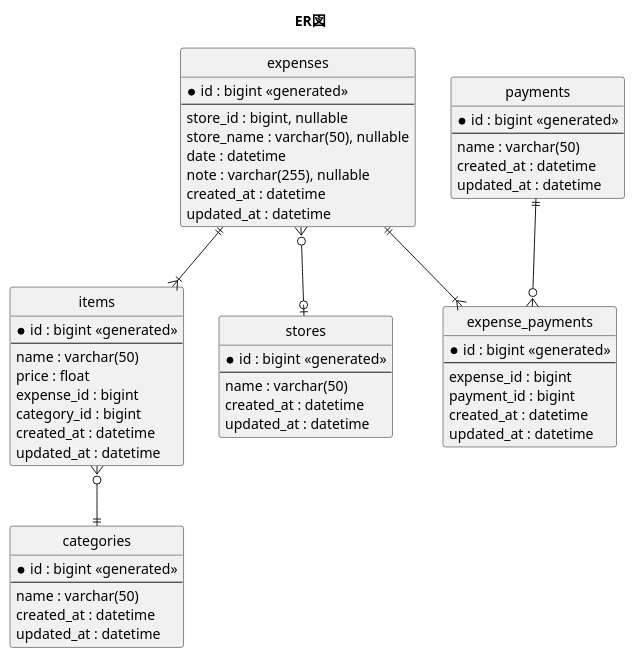
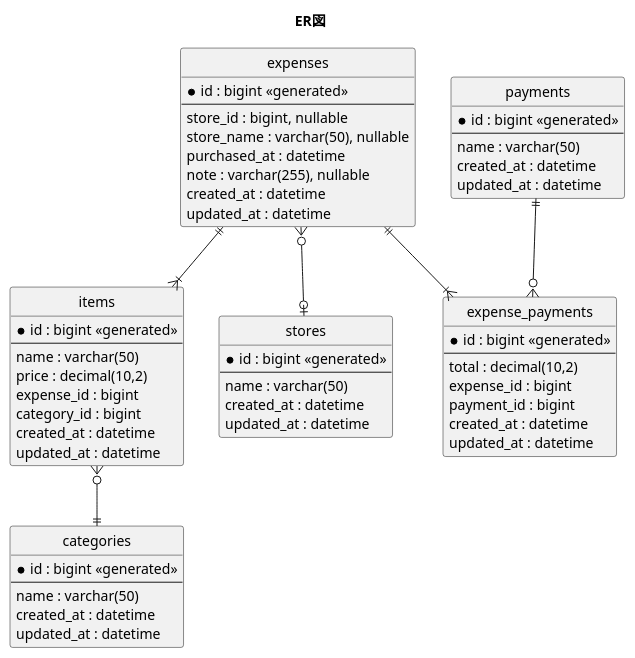
Before and after one commit to tatzacker/AccountBookForMe_server: the diagram in docs/ER図.pu, drawn with PlantUML. The commit also changed 3 other files, not shown here.

```diff
--- a/docs/ER図.pu
+++ b/docs/ER図.pu
@@ -1,67 +1,68 @@
 @startuml
 title "ER図"
 
 hide circle
 
 entity expenses {
     *id : bigint <<generated>>
     --
     store_id : bigint, nullable
     store_name : varchar(50), nullable
-    date : datetime
+    purchased_at : datetime
     note : varchar(255), nullable
     created_at : datetime
     updated_at : datetime
 }
 
 entity items {
     *id : bigint <<generated>>
     --
     name : varchar(50)
-    price : float
+    price : decimal(10,2)
     expense_id : bigint
     category_id : bigint
     created_at : datetime
     updated_at : datetime
 }
 
 entity categories {
     *id : bigint <<generated>>
     --
     name : varchar(50)
     created_at : datetime
     updated_at : datetime
 }
 
 entity payments {
     *id : bigint <<generated>>
     --
     name : varchar(50)
     created_at : datetime
     updated_at : datetime
 }
 
 entity stores {
     *id : bigint <<generated>>
     --
     name : varchar(50)
     created_at : datetime
     updated_at : datetime
 }
 
 entity expense_payments {
     *id : bigint <<generated>>
     --
+    total : decimal(10,2)
     expense_id : bigint
     payment_id : bigint
     created_at : datetime
     updated_at : datetime
 }
 
 expenses ||--|{ items
 items }o--|| categories
 expenses ||--|{ expense_payments
 payments ||--o{ expense_payments
 expenses }o--o| stores
 
 @enduml
```
